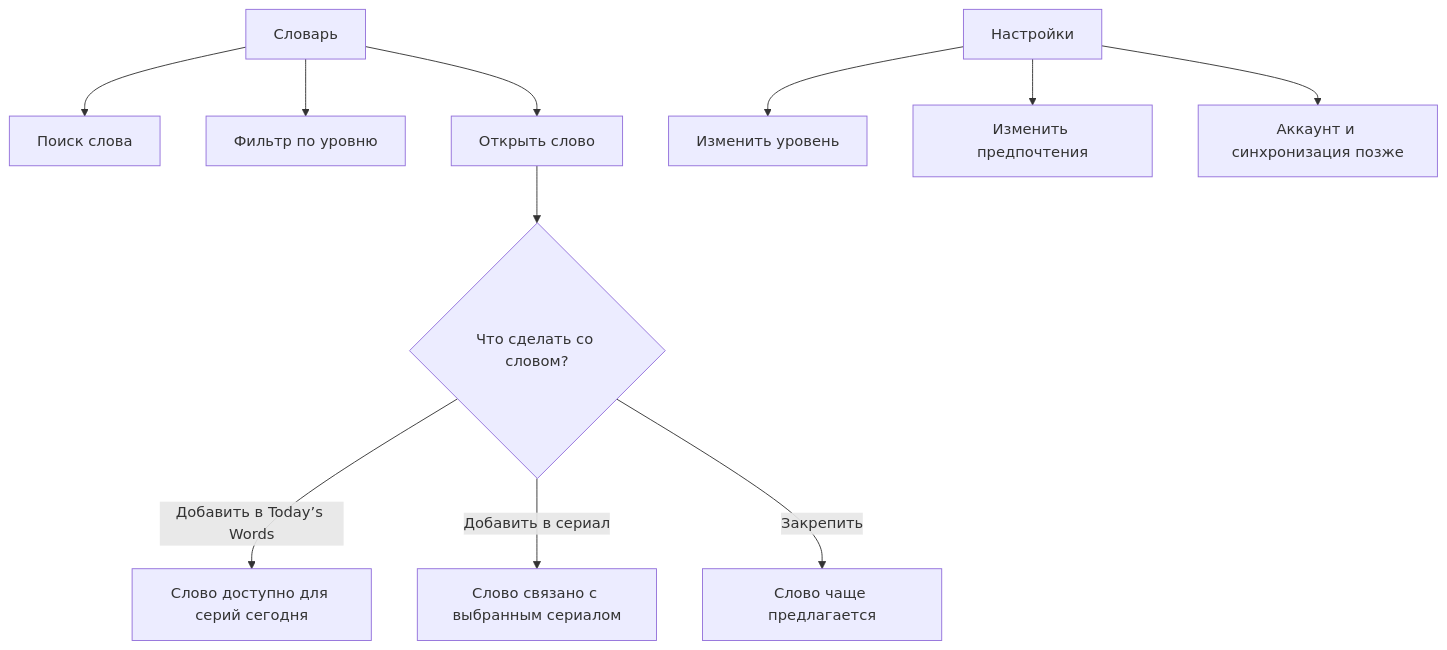
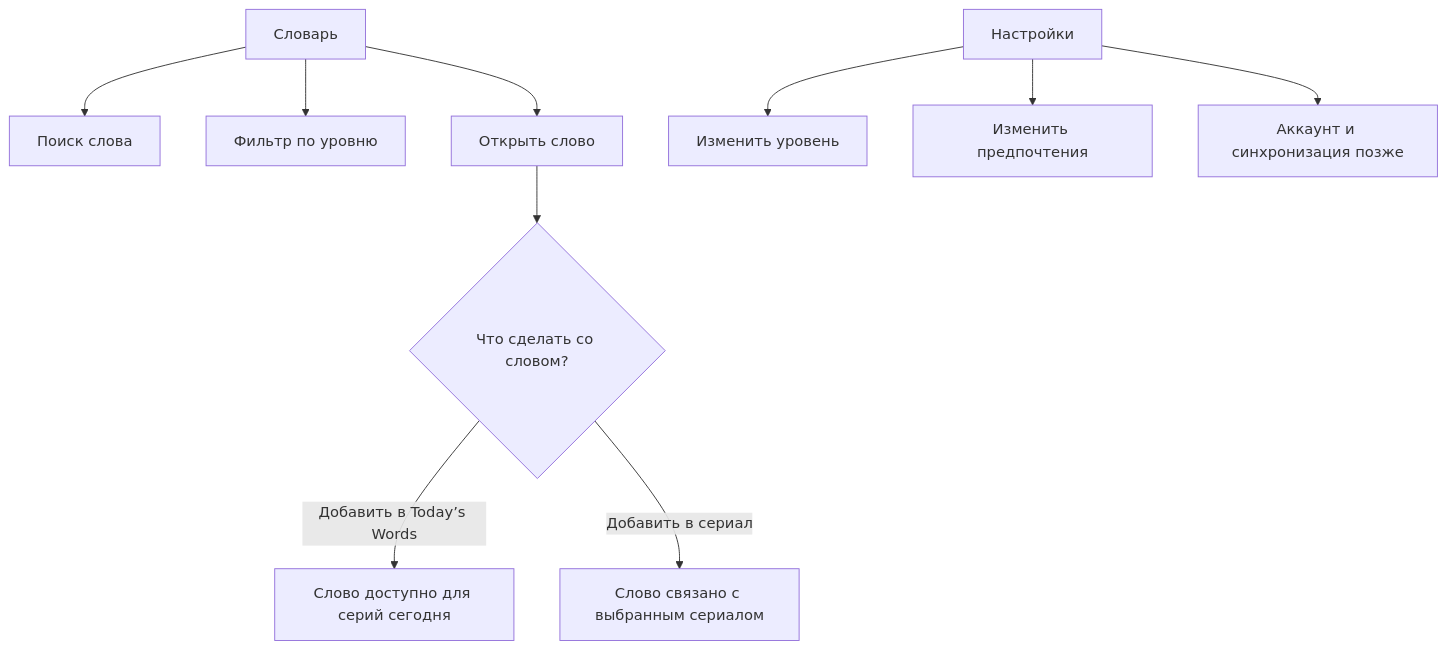
One commit to Gamshik/narrumi changed the ninth of 10 diagrams in concept/user_flow_schema.md. Above: the diagram before and after it, drawn with Mermaid. The commit also changed other lines of this file and 8 other files, not shown here.

Commit message:
docs(product): refine AI series episode flow

````diff
--- a/concept/user_flow_schema.md
+++ b/concept/user_flow_schema.md
@@ -228,14 +220,13 @@
 ```mermaid
 flowchart TD
     A["Словарь"] --> B["Поиск слова"]
     A --> C["Фильтр по уровню"]
     A --> D["Открыть слово"]
     D --> E{"Что сделать со словом?"}
     E -- "Добавить в Today’s Words" --> F["Слово доступно для серий сегодня"]
     E -- "Добавить в сериал" --> G["Слово связано с выбранным сериалом"]
-    E -- "Закрепить" --> H["Слово чаще предлагается"]
 
     I["Настройки"] --> J["Изменить уровень"]
     I --> K["Изменить предпочтения"]
     I --> L["Аккаунт и синхронизация позже"]
 ```
````
